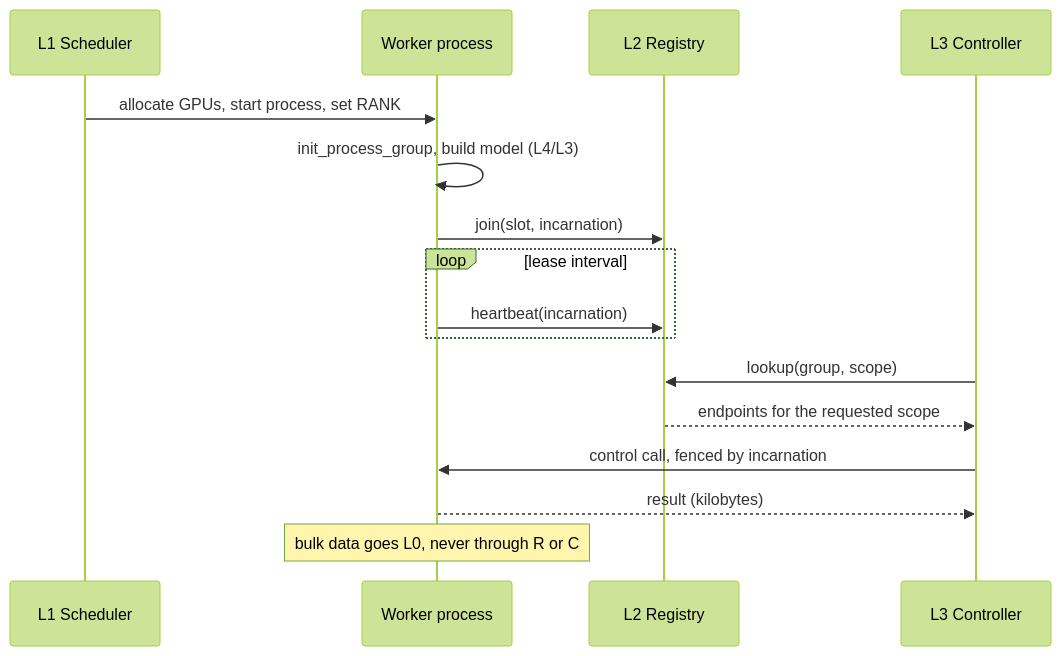
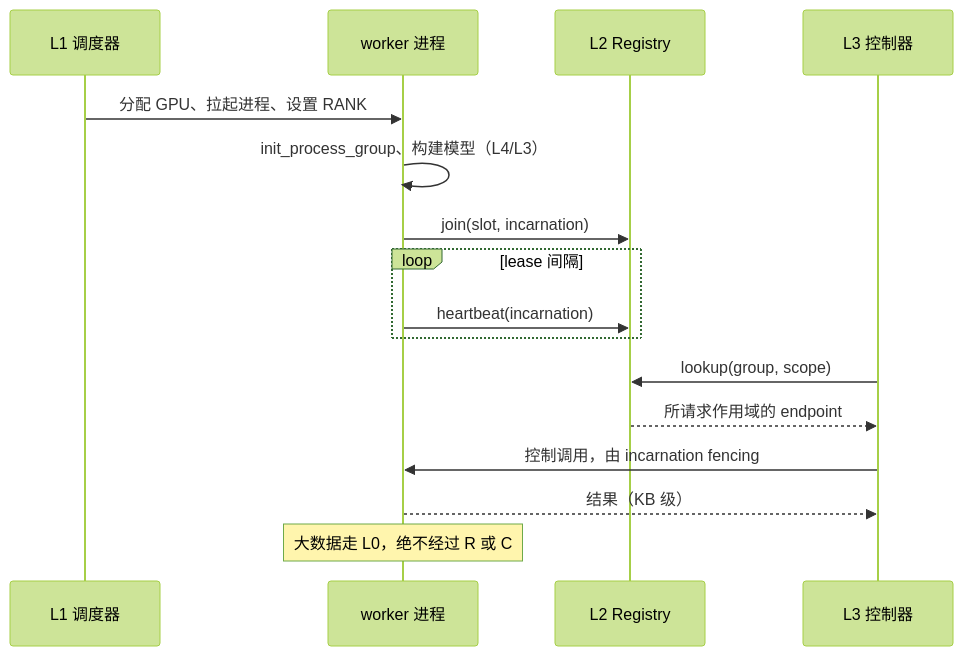
One commit to HSPK/tinyray changed the diagram in docs/02-architecture/01-layering.md. Above: the diagram before and after it, drawn with Mermaid (forest theme). The commit also changed other lines of this file and 33 other files, not shown here.

````diff
--- a/docs/02-architecture/01-layering.md
+++ b/docs/02-architecture/01-layering.md
@@ -77,19 +72,19 @@
 ```mermaid
 sequenceDiagram
-    participant S as L1 Scheduler
-    participant W as Worker process
+    participant S as L1 调度器
+    participant W as worker 进程
     participant R as L2 Registry
-    participant C as L3 Controller
+    participant C as L3 控制器
 
-    S->>W: allocate GPUs, start process, set RANK
-    W->>W: init_process_group, build model (L4/L3)
+    S->>W: 分配 GPU、拉起进程、设置 RANK
+    W->>W: init_process_group、构建模型（L4/L3）
     W->>R: join(slot, incarnation)
-    loop lease interval
+    loop lease 间隔
         W->>R: heartbeat(incarnation)
     end
     C->>R: lookup(group, scope)
-    R-->>C: endpoints for the requested scope
-    C->>W: control call, fenced by incarnation
-    W-->>C: result (kilobytes)
-    Note over W: bulk data goes L0, never through R or C
+    R-->>C: 所请求作用域的 endpoint
+    C->>W: 控制调用，由 incarnation fencing
+    W-->>C: 结果（KB 级）
+    Note over W: 大数据走 L0，绝不经过 R 或 C
 ```
````
